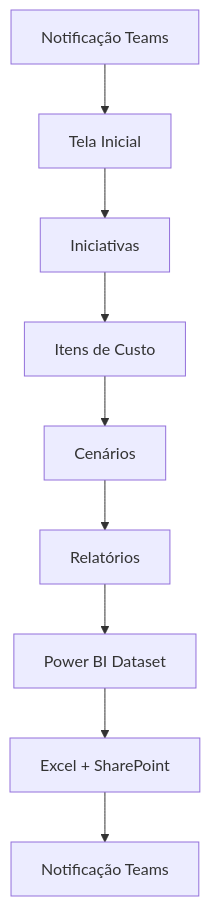
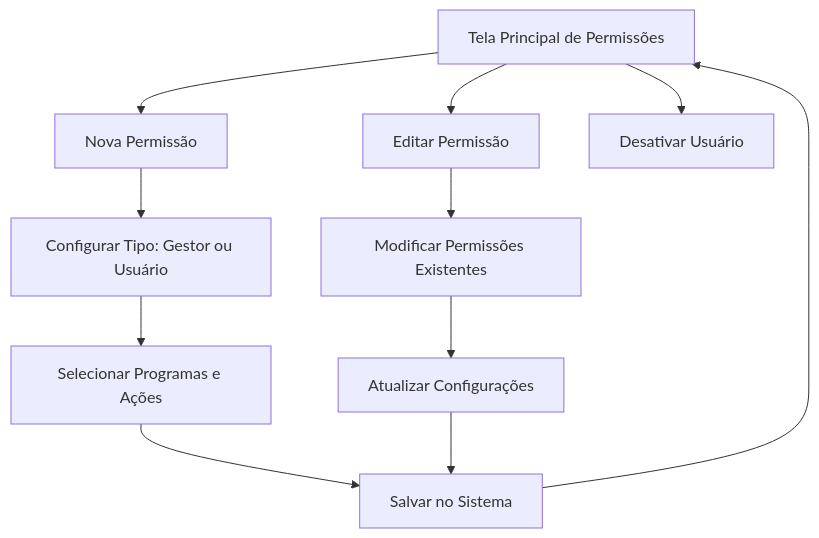
One commit to luigicaetano/APMDDocumentacao changed the diagram in content/en/docs/planejamento-integrado/doc_planejamento_integrado.md. Above: the diagram before and after it, drawn with Mermaid.

Commit message:
teste planejamento integrado

````diff
--- a/content/en/docs/planejamento-integrado/doc_planejamento_integrado.md
+++ b/content/en/docs/planejamento-integrado/doc_planejamento_integrado.md
@@ -26,11 +26,13 @@
 ```mermaid
 graph TD
-    A[Tela Inicial] --> B[Iniciativas]
-    B[Iniciativas] --> C[Itens de Custo]
-    C[Itens de Custo] --> D[Cenários]
-    D[Cenários] --> E[Relatórios]
-    E[Relatórios] --> F[Power BI Dataset]
-    F[Power BI Dataset] --> G[Excel + SharePoint]
-    G[Excel + SharePoint] --> H[Notificação Teams]
-    I[Notificação Teams] --> A[Tela Inicial]
+    A[Tela Principal de Permissões] --> B[Nova Permissão]
+    A --> C[Editar Permissão]
+    A --> D[Desativar Usuário]
+    B --> E[Configurar Tipo: Gestor ou Usuário]
+    C --> F[Modificar Permissões Existentes]
+    E --> G[Selecionar Programas e Ações]
+    F --> H[Atualizar Configurações]
+    G --> I[Salvar no Sistema]
+    H --> I
+    I --> A
 ```
````
